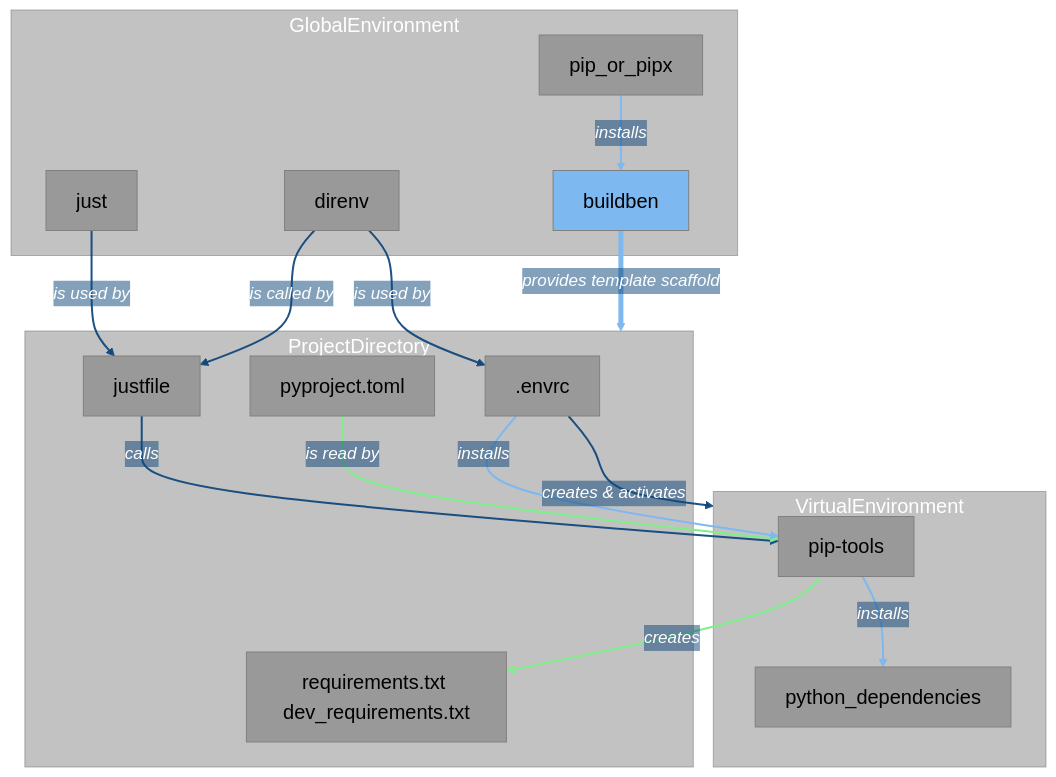
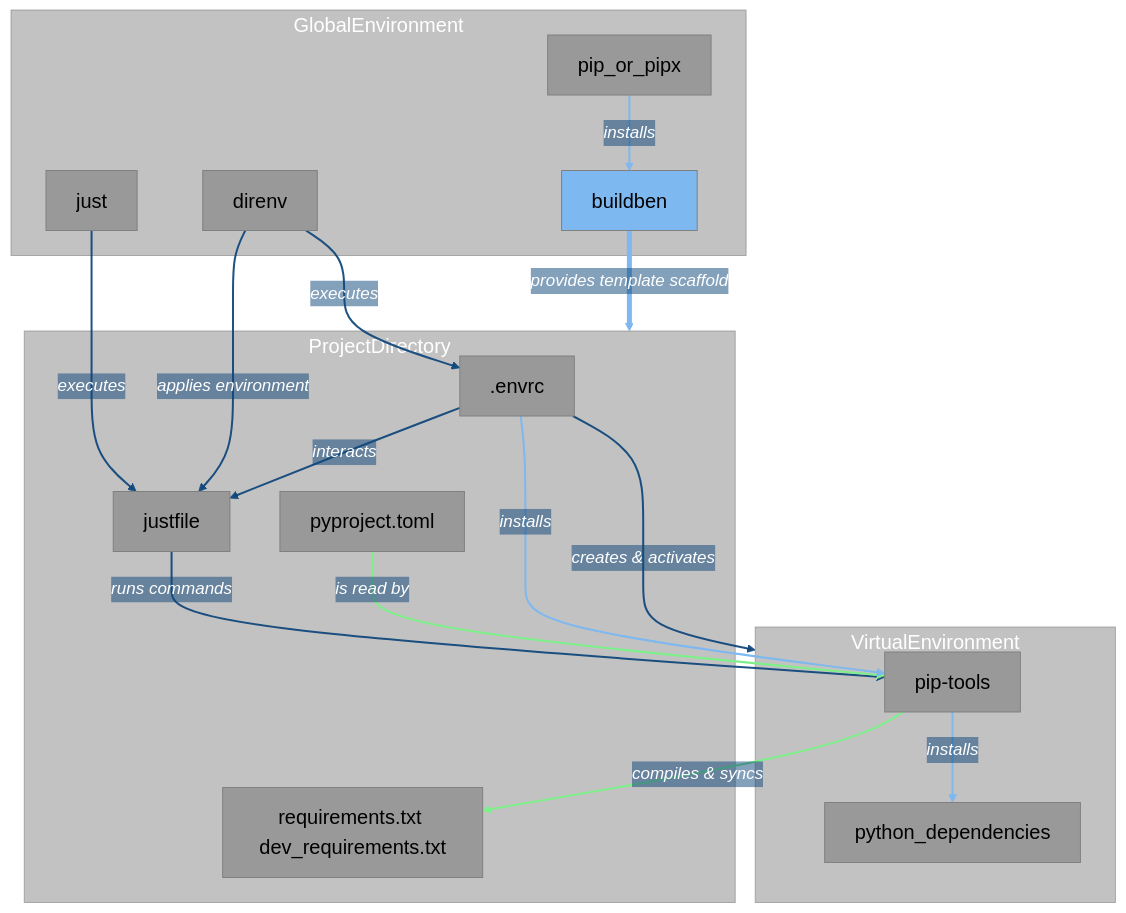
Before and after one commit to HisQu/buildben: the diagram in assets/flowchart.mmd, drawn with Mermaid. The commit also changed 1 other file, not shown here.

Commit message:
update flowchart with accurate interactions and descriptions

```diff
--- a/assets/flowchart.mmd
+++ b/assets/flowchart.mmd
@@ -1,120 +1,116 @@
 ---
 config:
     title: Management of Virtual Environments & Dependencies
     theme: base
     themeVariables:
         fontSize: 20px
         
         # Nodes
         primaryTextColor: "#000000"      # Black
         primaryColor: "#999999"          # Grey
         primaryBorERCrColor: "#00000099"  # Black transparent
         
         # Links
         lineColor: "#0e467bee"        # Dark Blue transparent
         secondaryColor: "#0e467b03"   # Dark Blue transparent
         
         # Subgraphs
         tertiaryTextColor: "#ffffff"  # White
         tertiaryColor: "#99999999"    # Grey transparent
         tertiaryBorERCrColor: "#00000000" # Fully transparent
 ---
 
 %% => Only Nodes have borders, 
 %% => Subgraphs are transparent and borderless
 %% => Subgraph color is the same as node fill color with opacity
 %% =>   (append 70 or 90 to hex color, the lower, the more transparent)
 %% => stroke widths must be set in classes at the end
 
 
 flowchart TD
     subgraph GlobalEnvironment
         %% B[buildben] -->|uses| D[direnv]
         D[direnv]
         B[buildben]
         PIP[pip_or_pipx]
         J[just]
 
-        
         PIP -->|installs| B
     end
     
     B -->|provides template scaffold| ProjectDirectory
-    D -->|is used by| ERC
-    J -->|is used by | JF
-    D -->|is called by| JF
+    D -->|executes| ERC
+    J -->|executes | JF
+    D -->|applies environment| JF
     
     subgraph VirtualEnvironment
         PT[pip-tools]
         PD[python_dependencies]
+        
         PT -->|installs| PD
     end
 
     subgraph ProjectDirectory
         JF[justfile]
         RE[requirements.txt dev_requirements.txt]
-        
         ERC[.envrc]
         PPRT[pyproject.toml]
     end
 
+    ERC -->|interacts| JF
     ERC-->|creates & activates| VirtualEnvironment
-    %% PPRT -->|installs dependencies| VirtualEnvironment
-    
-   
-    %% D-->|resets| VirtualEnvironment
-    JF -->|calls| PT -->|creates| RE 
+    JF -->|runs commands| PT -->|compiles & syncs| RE 
     PPRT -->|is read by| PT
-    ERC-->|installs| PT
+    ERC -->|installs| PT
     %% PT -->|reads| PPRT
     %% PT -->|creates| RE
     %% PT -->|creates| RED
     
     
     
     %% === Styles ======================================================
 
     style B fill:#7eb8f0
     %% style D fill:#666,stroke:#000
     %% style J fill:#666,stroke:#000
     %% style PIP fill:#999,stroke:#000
     %% style V fill:#ccc,stroke:#000
     %% style PT fill:#ccc,stroke:#000
     %% style JF fill:#eee,stroke:#000
     %% style RE fill:#eee,stroke:#000
     %% style ERC fill:#eee,stroke:#000
 
 
 
 
 
     
     %% %% ## Links
     %% %% !! Must be at end, otherwise it will not work
 
     %% %% > default
     linkStyle default stroke-width:2px, color:#ffffff, font-size:17px, font-style:italic;
     
     %% %% > Select links by Index
     linkStyle 1 stroke: #7eb8f0, stroke-width:5px;
-    linkStyle 5,8,9 stroke: #7ef089
-    linkStyle 0,5,10 stroke:#7eb8f0
+    linkStyle 0,5,11 stroke: #7eb8f0
+    linkStyle 9,10 stroke: #7ef089
 
 
     %% %% ## Node styles (primary color
     %% classdef docker fill: #7eb8f0,  stroke-width:2px;
     %% classdef dependency stroke-width:2px;
     %% classdef flow_docker fill: #7eb8f0, stroke-width:2px;
     
     %% %% > Assign class to nodes
     %% class adminer,WDQS,jobrunner,mediawiki,holyapp,db_mw,db_wb,images,wikibase,dbvolume,db_wb_volume docker;
     %% class django,mysqlclient dependency;
 
 
 
     %% %% ## Subgraph styles (tertiary)
     %% classdef subgraph_ERCfault stroke-width:2px;
     %% classdef subgraph_blue fill: #7eb8f070, stroke-width:0px;
     
     %% class dependencies,ExternalVolumes subgraph_default;
     %% class Docker-Services,Frontend,Databases,Backend,WebUI-Tools,SharedVolumes subgraph_blue;
```
